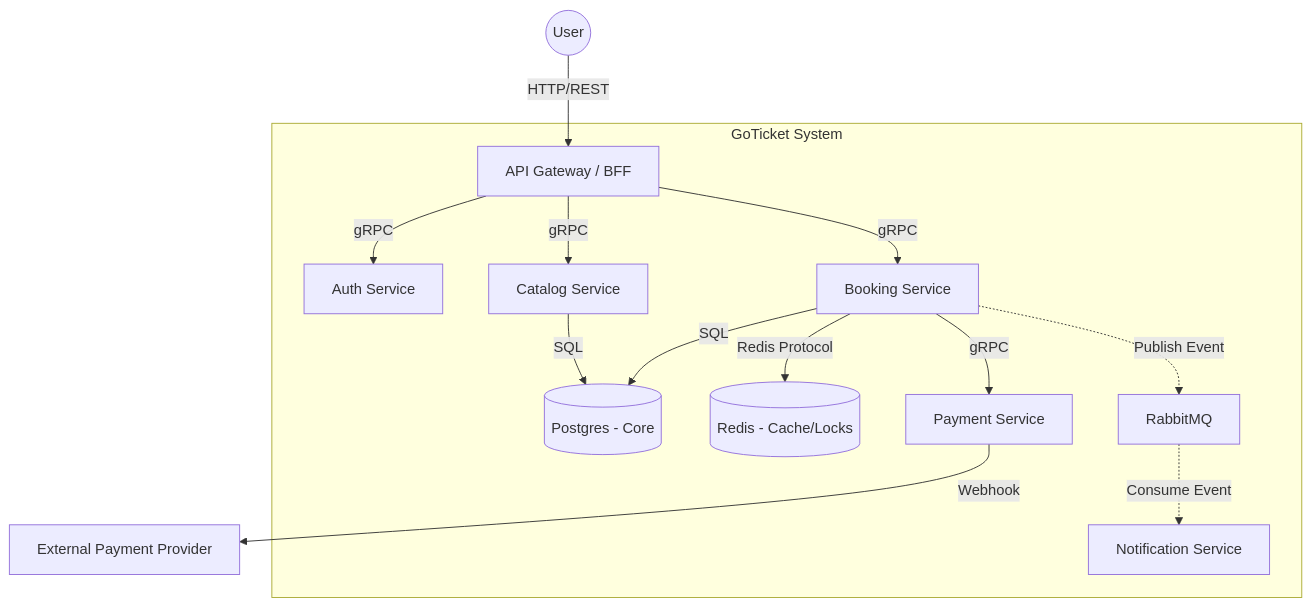
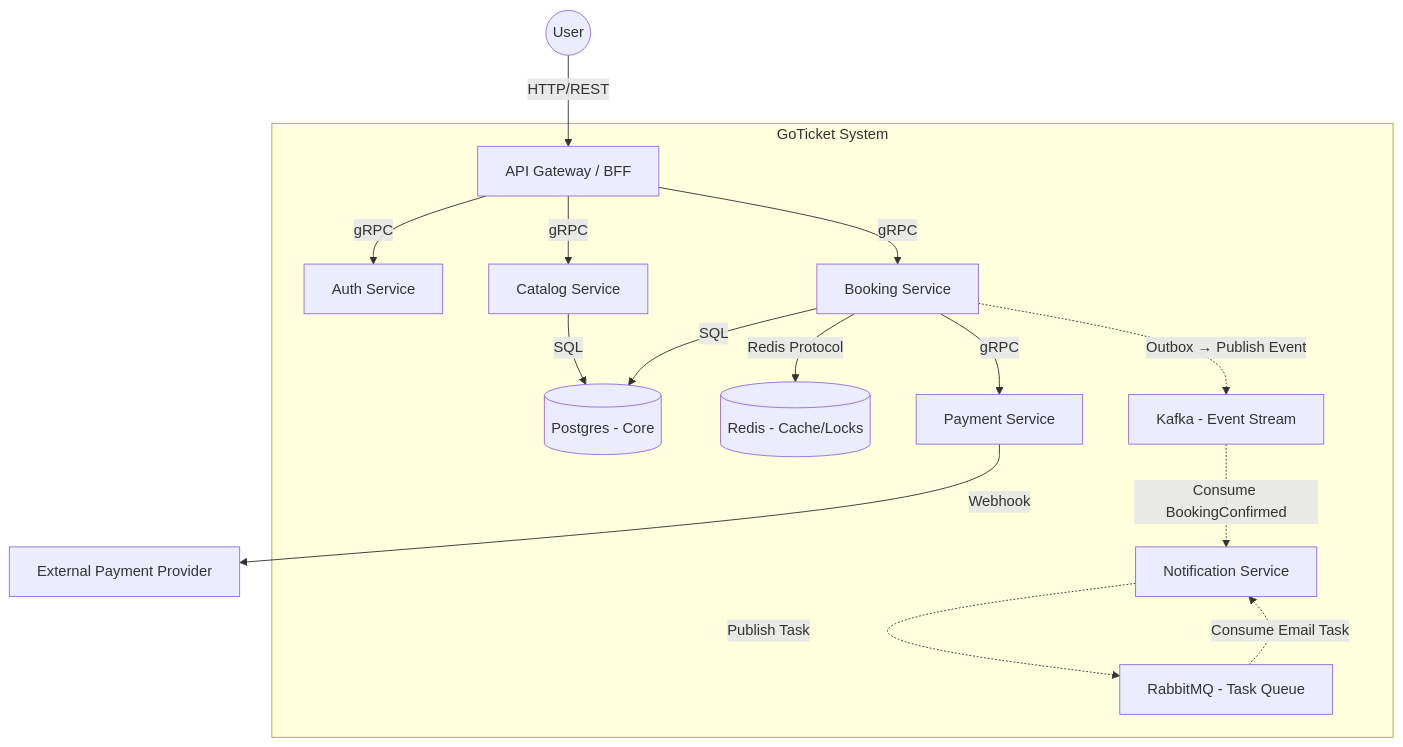
One commit to mati99789/go-ticket changed the first of 2 diagrams in .agent/c4_architecture.md. Above: the diagram before and after it, drawn with Mermaid. The commit also changed other lines of this file and 20 other files, not shown here.

````diff
--- a/.agent/c4_architecture.md
+++ b/.agent/c4_architecture.md
@@ -10,33 +17,36 @@
 ```mermaid
 graph TD
     User((User))
     PaymentGW[External Payment Provider]
-    
+
     subgraph "GoTicket System"
         Gateway[API Gateway / BFF]
         Auth[Auth Service]
         Catalog[Catalog Service]
         Booking[Booking Service]
         Payment[Payment Service]
         Notification[Notification Service]
-        
+
         DB_Core[(Postgres - Core)]
         Redis[(Redis - Cache/Locks)]
-        RabbitMQ[RabbitMQ]
+        Kafka[Kafka - Event Stream]
+        RabbitMQ[RabbitMQ - Task Queue]
     end
 
     User -->|HTTP/REST| Gateway
     Gateway -->|gRPC| Auth
     Gateway -->|gRPC| Catalog
     Gateway -->|gRPC| Booking
-    
+
     Booking -->|SQL| DB_Core
     Booking -->|Redis Protocol| Redis
     Catalog -->|SQL| DB_Core
-    
+
     Booking -->|gRPC| Payment
     Payment -->|Webhook| PaymentGW
-    
-    Booking -.->|Publish Event| RabbitMQ
-    RabbitMQ -.->|Consume Event| Notification
+
+    Booking -.->|Outbox → Publish Event| Kafka
+    Kafka -.->|Consume BookingConfirmed| Notification
+    Notification -.->|Publish Task| RabbitMQ
+    RabbitMQ -.->|Consume Email Task| Notification
 ```
````
